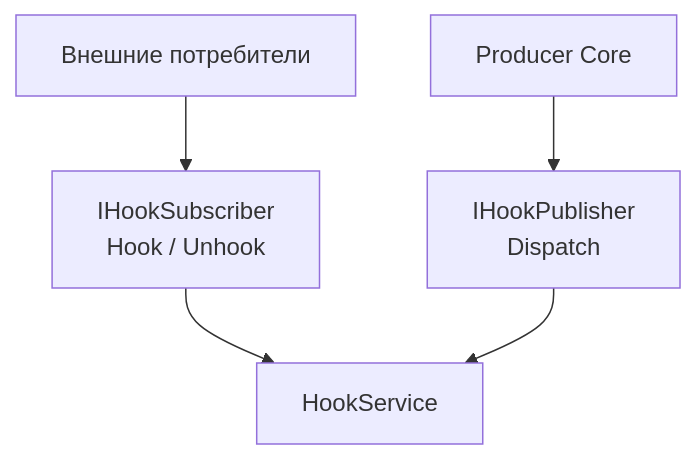
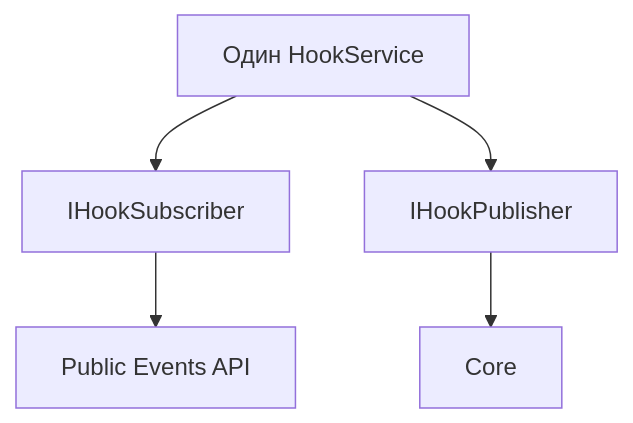
One commit to elysium-corp/cs2-zombie-plague changed the eighth of 10 diagrams in Common.Hooks/README.md. Above: the diagram before and after it, drawn with Mermaid. The commit also changed other lines of this file, not shown here.

````diff
--- a/Common.Hooks/README.md
+++ b/Common.Hooks/README.md
@@ -507,16 +894,18 @@
 ```mermaid
 flowchart TD
-    Service["HookService"]
+    HookService["Один HookService"]
 
-    Subscriber["IHookSubscriber<br/>Hook / Unhook"]
-    Publisher["IHookPublisher<br/>Dispatch"]
+    Subscriber["IHookSubscriber"]
 
-    External["Внешние потребители"]
-    Core["Producer Core"]
+    Publisher["IHookPublisher"]
 
-    External --> Subscriber
-    Subscriber --> Service
+    Api["Public Events API"]
 
-    Core --> Publisher
-    Publisher --> Service
+    Core["Core"]
+
+    HookService --> Subscriber
+    HookService --> Publisher
+
+    Subscriber --> Api
+    Publisher --> Core
 ```
````
